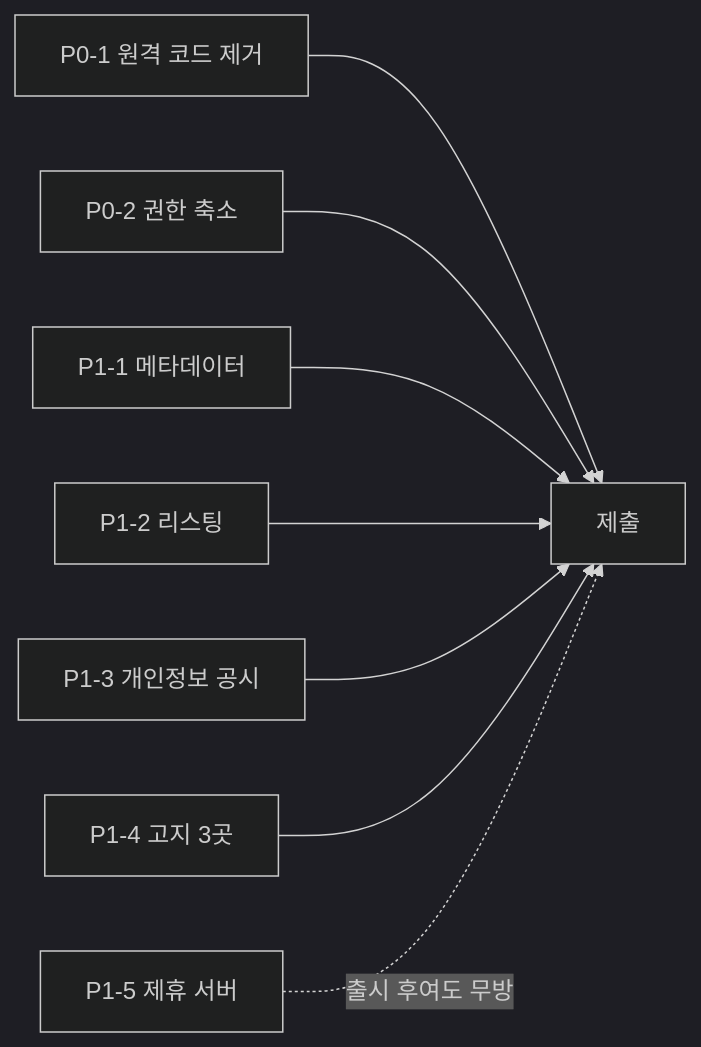
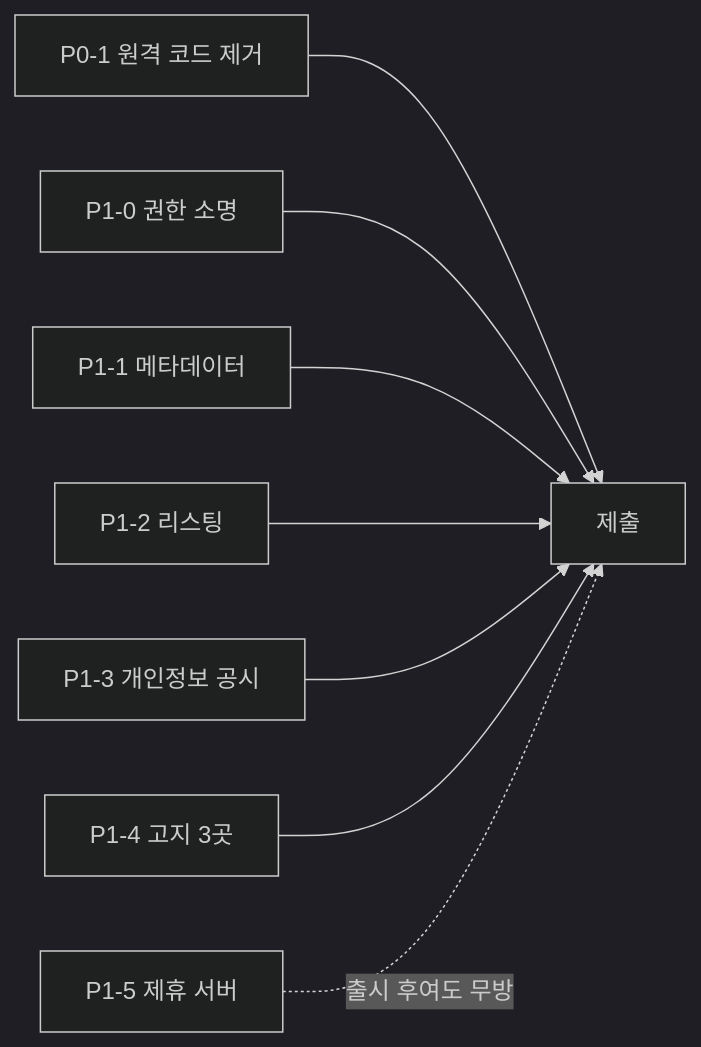
One commit to layorixinc/axsdk-sites changed the diagram in CWS_LAUNCH_PLAN.md. Above: the diagram before and after it, drawn with Mermaid (dark theme). The commit also changed other lines of this file, not shown here.

````diff
--- a/CWS_LAUNCH_PLAN.md
+++ b/CWS_LAUNCH_PLAN.md
@@ -165,10 +177,10 @@
 ```mermaid
 graph LR
   P01[P0-1 원격 코드 제거] --> SUB[제출]
-  P02[P0-2 권한 축소] --> SUB
+  P10[P1-0 권한 소명] --> SUB
   P11[P1-1 메타데이터] --> SUB
   P12[P1-2 리스팅] --> SUB
   P13[P1-3 개인정보 공시] --> SUB
   P14[P1-4 고지 3곳] --> SUB
   P15[P1-5 제휴 서버] -.출시 후여도 무방.-> SUB
 ```
````
